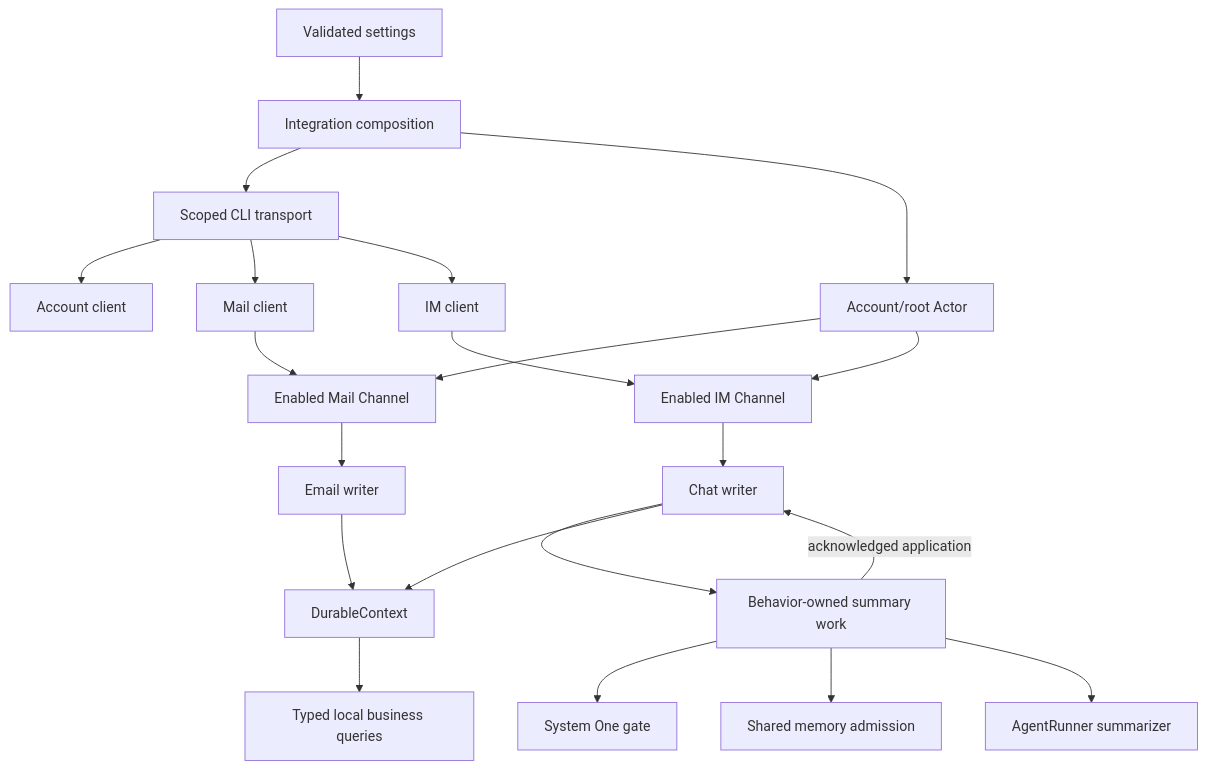
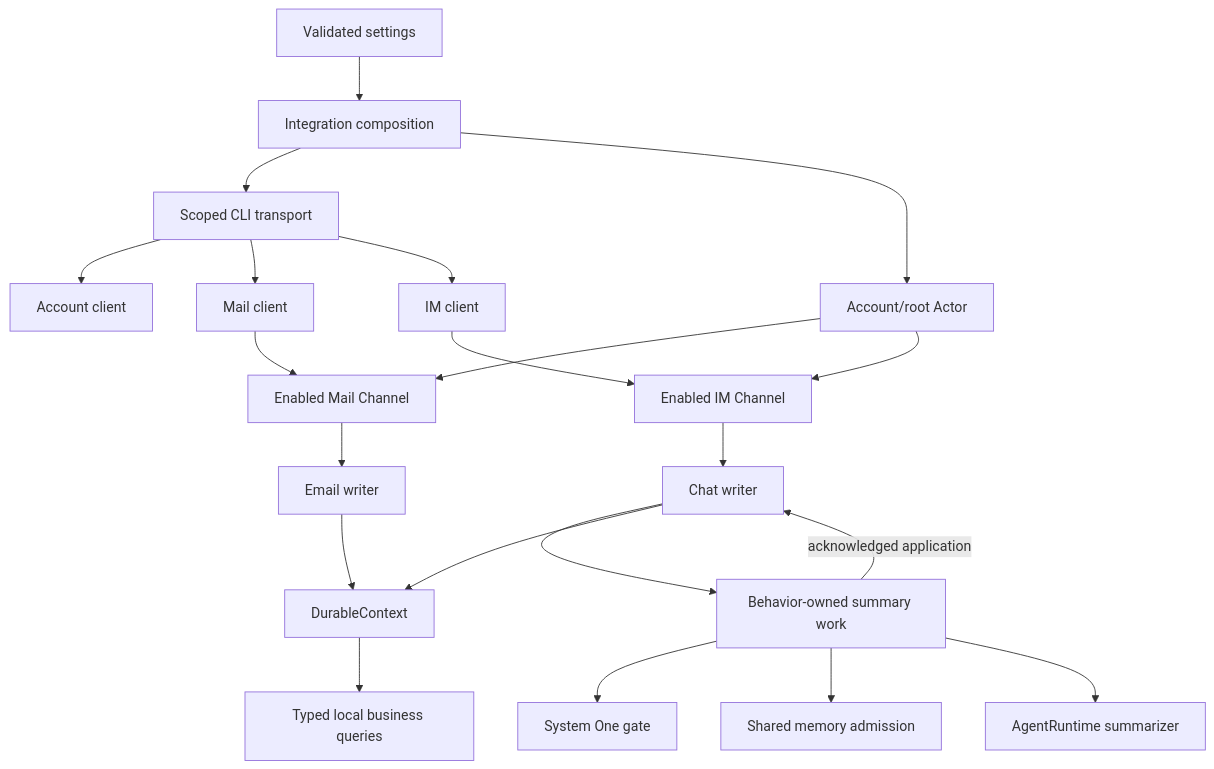
The diagram in docs/lark-reference-integration-design.md (foreleven/aster), drawn with Mermaid before and after one commit. The commit also changed other lines of this file and 170 other files, not shown here.

Commit message:
refactor: consolidate agent runtime in core

````diff
--- a/docs/lark-reference-integration-design.md
+++ b/docs/lark-reference-integration-design.md
@@ -274,23 +274,23 @@
 ```mermaid
 flowchart TD
   Settings[Validated settings] --> Install[Integration composition]
   Install --> CLI[Scoped CLI transport]
   CLI --> AccountClient[Account client]
   CLI --> MailClient[Mail client]
   CLI --> IMClient[IM client]
   Install --> Root[Account/root Actor]
   Root --> Mail[Enabled Mail Channel]
   Root --> IM[Enabled IM Channel]
   MailClient --> Mail
   IMClient --> IM
   Mail --> Email[Email writer]
   IM --> Chat[Chat writer]
   Chat --> Work[Behavior-owned summary work]
   Work --> Gate[System One gate]
   Work --> Admission[Shared memory admission]
-  Work --> Model[AgentRunner summarizer]
+  Work --> Model[AgentRuntime summarizer]
   Work -->|acknowledged application| Chat
   Chat --> Store[DurableContext]
   Email --> Store
   Store --> Queries[Typed local business queries]
 ```
````
